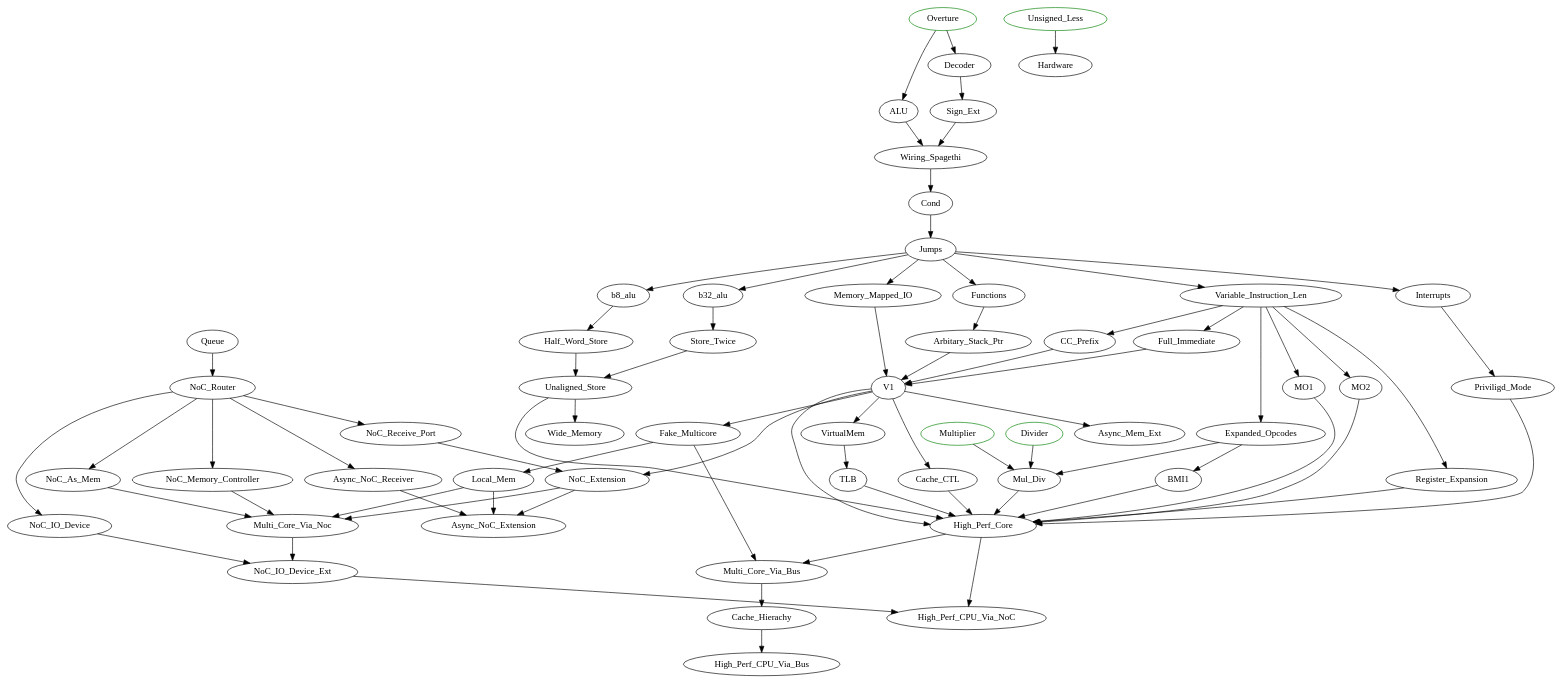
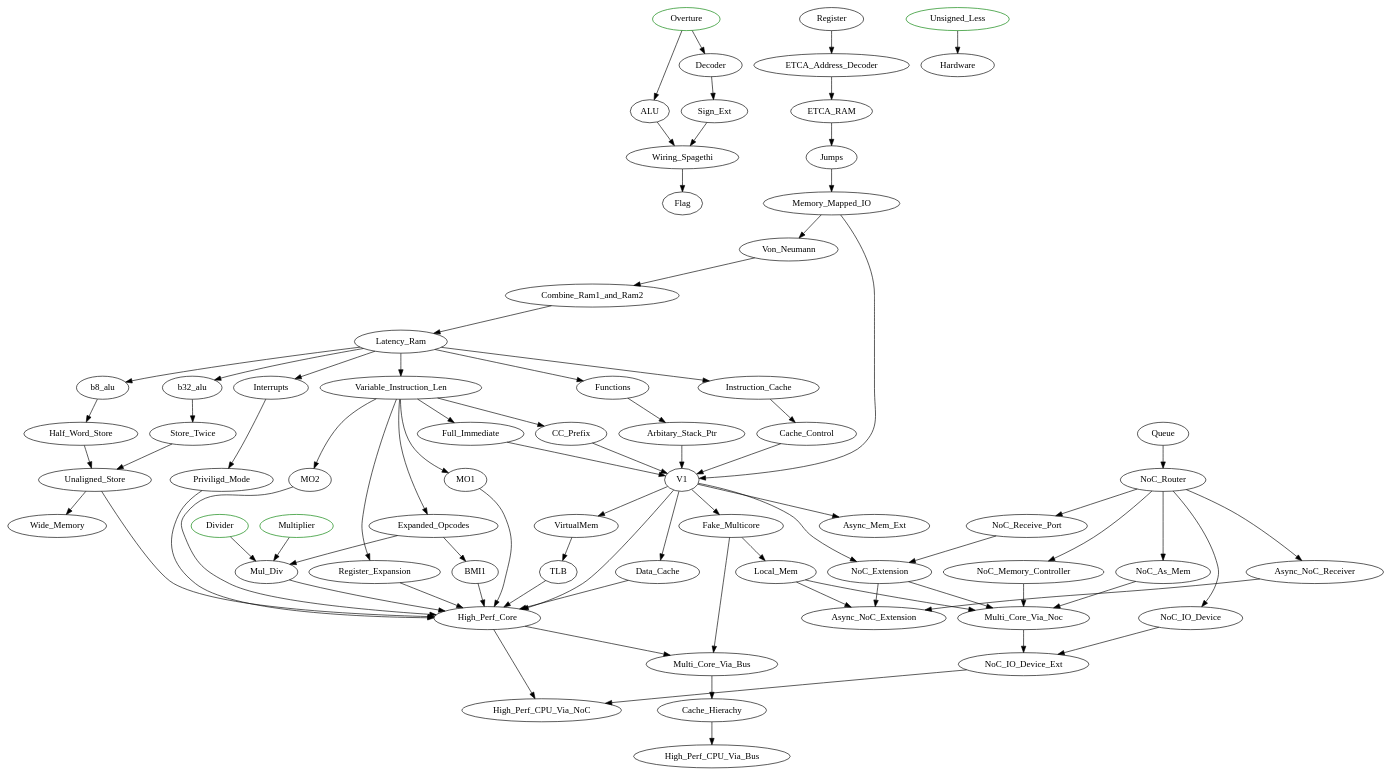
Before and after one commit to alex-s168/tc_campaign: the diagram in TODO.dot, drawn with Graphviz. The commit also changed 16 other files, not shown here.

```diff
--- a/TODO.dot
+++ b/TODO.dot
@@ -1,56 +1,56 @@
 digraph G {
     // from the main game campaign
     Overture [color="green"]
     Divider [color="green"]
     Multiplier [color="green"]
     Unsigned_Less [color="green"]
 
     Overture -> ALU, Decoder
     Decoder -> Sign_Ext
-    ALU, Sign_Ext -> Wiring_Spagethi -> Cond -> Jumps
-    
-    Jumps -> Interrupts, Variable_Instruction_Len, Functions, b8_alu, b32_alu
-    Jumps -> Memory_Mapped_IO
+    ALU, Sign_Ext -> Wiring_Spagethi -> Flag Register -> ETCA_Address_Decoder -> ETCA_RAM -> Jumps -> Memory_Mapped_IO -> Von_Neumann -> Combine_Ram1_and_Ram2 -> Latency_Ram
+
+    Latency_Ram -> Interrupts, Variable_Instruction_Len, Functions, b8_alu, b32_alu, Instruction_Cache
 
     Variable_Instruction_Len -> MO1, MO2, Register_Expansion
 
     Functions -> Arbitary_Stack_Ptr
 
     b8_alu -> Half_Word_Store
     b32_alu -> Store_Twice
 
     Half_Word_Store, Store_Twice -> Unaligned_Store
-    
+
     Variable_Instruction_Len -> Full_Immediate, CC_Prefix, Expanded_Opcodes
     
     Multiplier, Expanded_Opcodes, Divider -> Mul_Div
 
     Expanded_Opcodes -> BMI1
 
     Interrupts -> Priviligd_Mode
 
-    Full_Immediate, CC_Prefix, Memory_Mapped_IO, Arbitary_Stack_Ptr -> V1
-    V1 -> Cache_CTL -> High_Perf_Core
+    Instruction_Cache -> Cache_Control
+    Full_Immediate, CC_Prefix, Memory_Mapped_IO, Arbitary_Stack_Ptr, Cache_Control -> V1
+    V1 -> Data_Cache -> High_Perf_Core
     V1 -> VirtualMem -> TLB -> High_Perf_Core
     Priviligd_Mode, MO1, MO2, Register_Expansion, V1, BMI1, Mul_Div, Unaligned_Store -> High_Perf_Core
 
     Unaligned_Store -> Wide_Memory
 
     V1 -> Async_Mem_Ext
 
     Unsigned_Less -> Hardware Queue -> NoC_Router -> NoC_Receive_Port, Async_NoC_Receiver, NoC_Memory_Controller
     NoC_Receive_Port, V1 -> NoC_Extension
     V1 -> Fake_Multicore -> Local_Mem
     NoC_Extension, Async_NoC_Receiver, Local_Mem -> Async_NoC_Extension
 
     NoC_Router -> NoC_As_Mem
     NoC_Extension, Local_Mem, NoC_As_Mem, NoC_Memory_Controller -> Multi_Core_Via_Noc
     
     NoC_Router -> NoC_IO_Device
     Multi_Core_Via_Noc, NoC_IO_Device -> NoC_IO_Device_Ext
 
     NoC_IO_Device_Ext, High_Perf_Core -> High_Perf_CPU_Via_NoC
 
     High_Perf_Core -> Multi_Core_Via_Bus -> Cache_Hierachy -> High_Perf_CPU_Via_Bus
     Fake_Multicore -> Multi_Core_Via_Bus
 }
```
